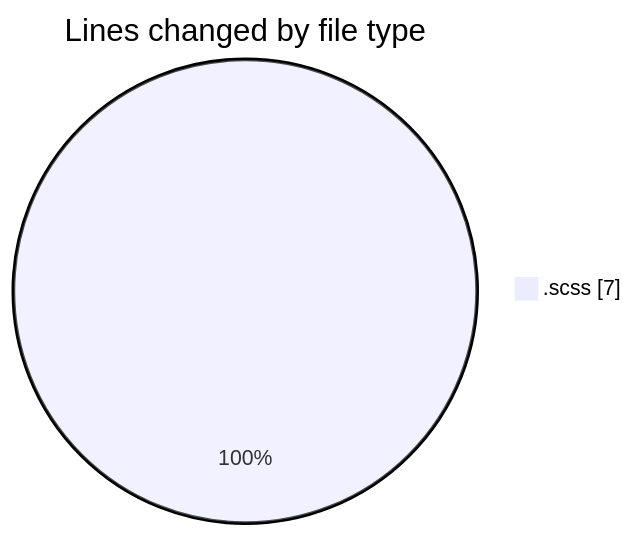
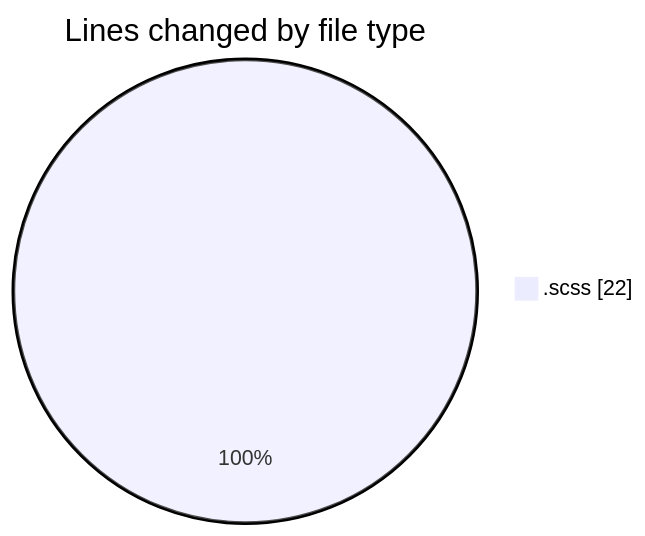
The first of 2 diagrams in 2025-03-14/cda/README.md (momahboobian/code-tracking), drawn with Mermaid before and after one commit. The commit also changed other lines of this file and 1 other file, not shown here.

````diff
--- a/2025-03-14/cda/README.md
+++ b/2025-03-14/cda/README.md
@@ -20,5 +20,5 @@
 ```mermaid
 pie showData
 title Lines changed by file type
-".scss" : 7
+".scss" : 22
 ```
````
